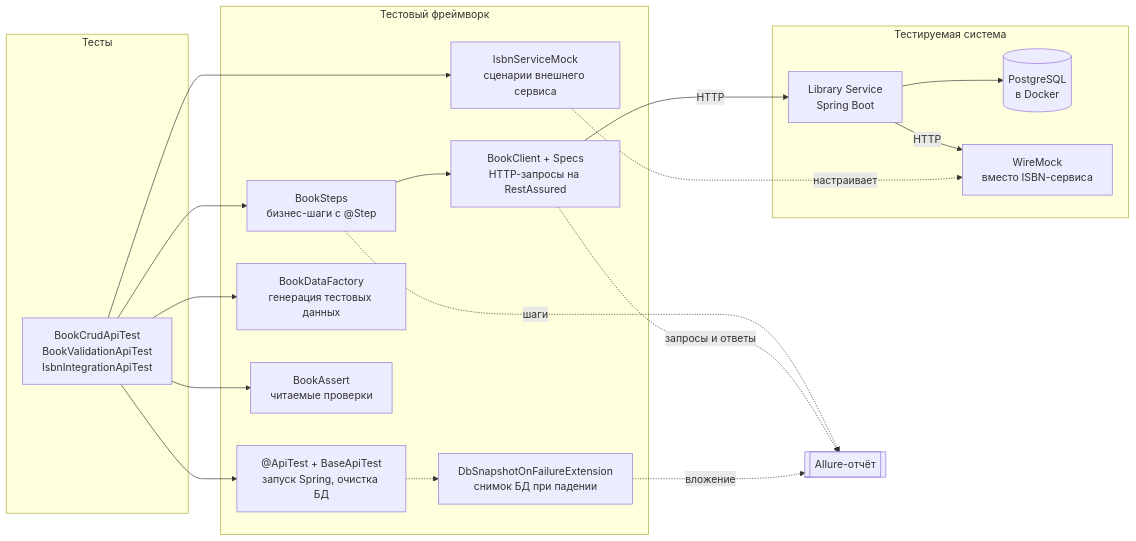
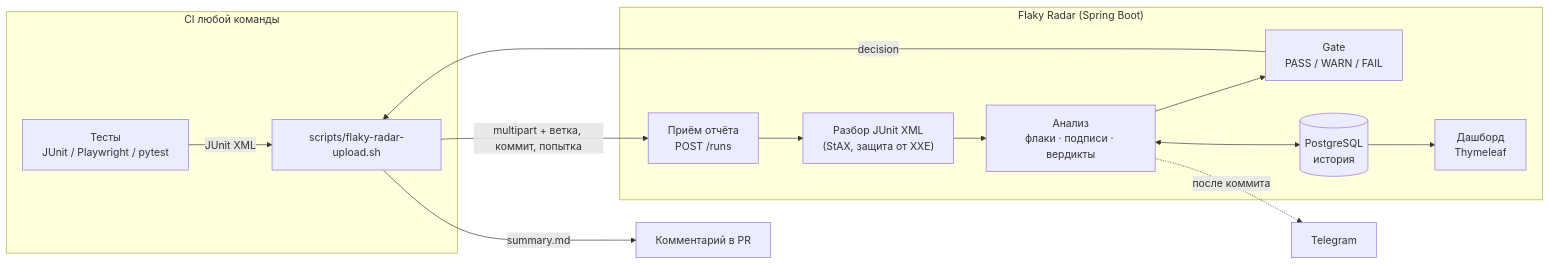
Before and after one commit to doub1educk/library-test-framework: the first of 2 diagrams in README.md, drawn with Mermaid. The commit also changed other lines of this file and 2 other files, not shown here.

````diff
--- a/README.md
+++ b/README.md
@@ -76,39 +39,29 @@
 ```mermaid
 flowchart LR
-    subgraph TESTS["Тесты"]
-        TEST["BookCrudApiTest<br/>BookValidationApiTest<br/>IsbnIntegrationApiTest"]
+    subgraph CI["CI любой команды"]
+        T["Тесты<br/>JUnit / Playwright / pytest"]
+        S["scripts/flaky-radar-upload.sh"]
     end
 
-    subgraph FW["Тестовый фреймворк"]
-        BASE["@ApiTest + BaseApiTest<br/>запуск Spring, очистка БД"]
-        STEPS["BookSteps<br/>бизнес-шаги с @Step"]
-        CLIENT["BookClient + Specs<br/>HTTP-запросы на RestAssured"]
-        DATA["BookDataFactory<br/>генерация тестовых данных"]
-        ASSERT["BookAssert<br/>читаемые проверки"]
-        MOCK["IsbnServiceMock<br/>сценарии внешнего сервиса"]
-        EXT["DbSnapshotOnFailureExtension<br/>снимок БД при падении"]
+    subgraph FR["Flaky Radar (Spring Boot)"]
+        IN["Приём отчёта<br/>POST /runs"]
+        P["Разбор JUnit XML<br/>(StAX, защита от XXE)"]
+        A["Анализ<br/>флаки · подписи · вердикты"]
+        G["Gate<br/>PASS / WARN / FAIL"]
+        DB[("PostgreSQL<br/>история")]
+        UI["Дашборд<br/>Thymeleaf"]
     end
 
-    subgraph SUT["Тестируемая система"]
-        APP["Library Service<br/>Spring Boot"]
-        DB[("PostgreSQL<br/>в Docker")]
-        WM["WireMock<br/>вместо ISBN-сервиса"]
-    end
+    TG["Telegram"]
+    PR["Комментарий в PR"]
 
-    ALLURE[["Allure-отчёт"]]
-
-    TEST --> BASE
-    TEST --> STEPS
-    TEST --> DATA
-    TEST --> ASSERT
-    TEST --> MOCK
-    STEPS --> CLIENT
-    CLIENT -->|HTTP| APP
-    APP --> DB
-    APP -->|HTTP| WM
-    MOCK -.->|настраивает| WM
-    BASE -.-> EXT
-    STEPS -.->|шаги| ALLURE
-    CLIENT -.->|запросы и ответы| ALLURE
-    EXT -.->|вложение| ALLURE
+    T -->|JUnit XML| S
+    S -->|multipart + ветка, коммит, попытка| IN
+    IN --> P --> A
+    A <--> DB
+    A --> G
+    G -->|decision| S
+    S -->|summary.md| PR
+    A -.->|после коммита| TG
+    DB --> UI
 ```
````
